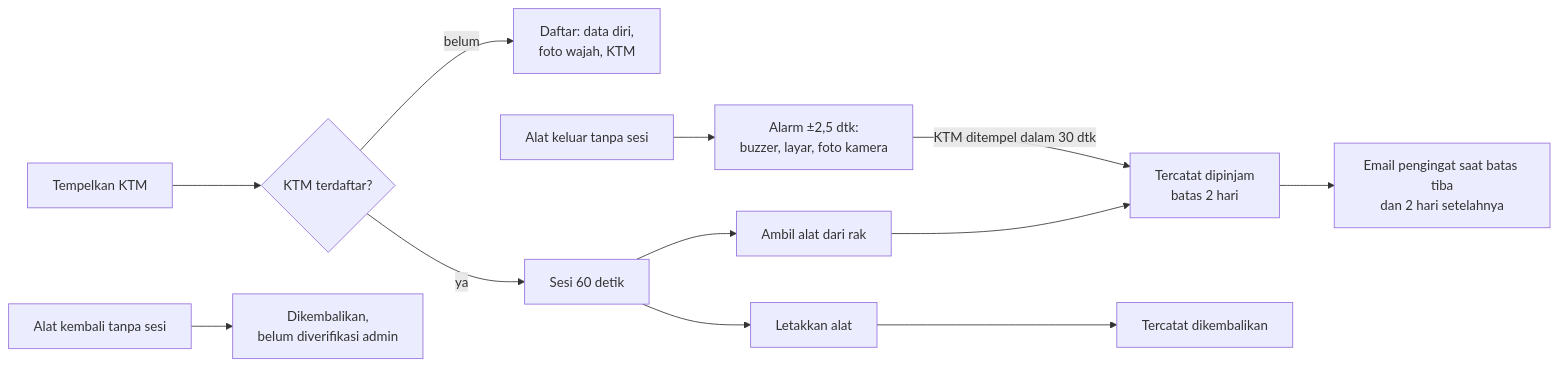
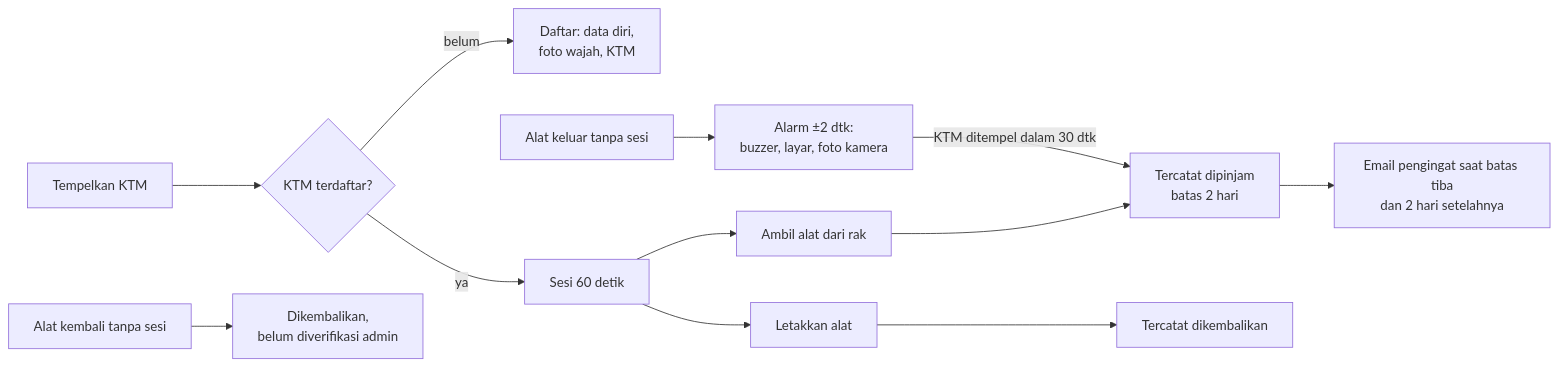
One commit to Naktekfis/tpt-rfid changed the diagram in README.md. Above: the diagram before and after it, drawn with Mermaid. The commit also changed other lines of this file and 3 other files, not shown here.

````diff
--- a/README.md
+++ b/README.md
@@ -17,12 +17,12 @@
 ```mermaid
 flowchart LR
     A[Tempelkan KTM] --> B{KTM terdaftar?}
     B -- belum --> R[Daftar: data diri,<br/>foto wajah, KTM]
     B -- ya --> S[Sesi 60 detik]
     S --> T[Ambil alat dari rak] --> P[Tercatat dipinjam<br/>batas 2 hari]
     S --> K[Letakkan alat] --> Q[Tercatat dikembalikan]
     P --> E[Email pengingat saat batas tiba<br/>dan 2 hari setelahnya]
-    X[Alat keluar tanpa sesi] --> Y[Alarm ±2,5 dtk:<br/>buzzer, layar, foto kamera]
+    X[Alat keluar tanpa sesi] --> Y[Alarm ±2 dtk:<br/>buzzer, layar, foto kamera]
     Y -- KTM ditempel dalam 30 dtk --> P
     Z[Alat kembali tanpa sesi] --> V[Dikembalikan,<br/>belum diverifikasi admin]
 ```
````
